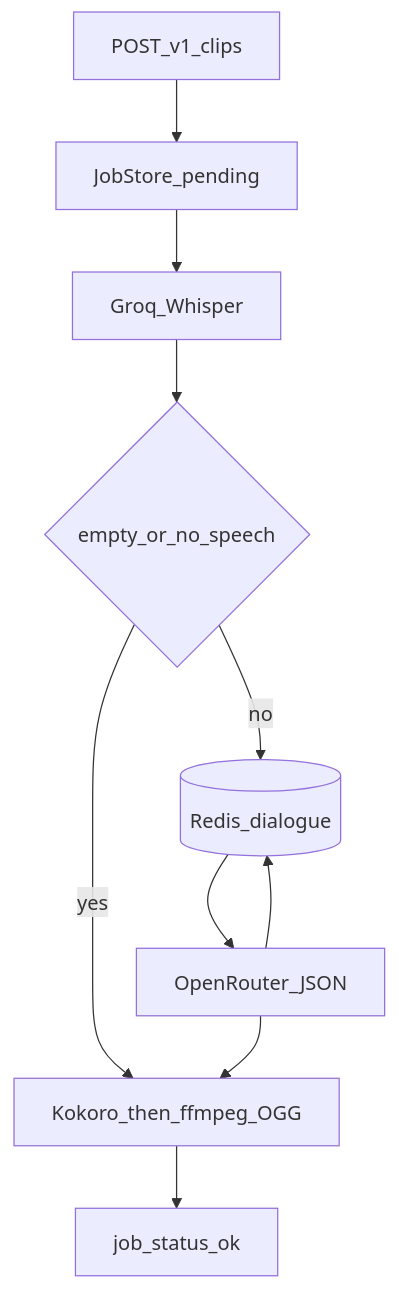
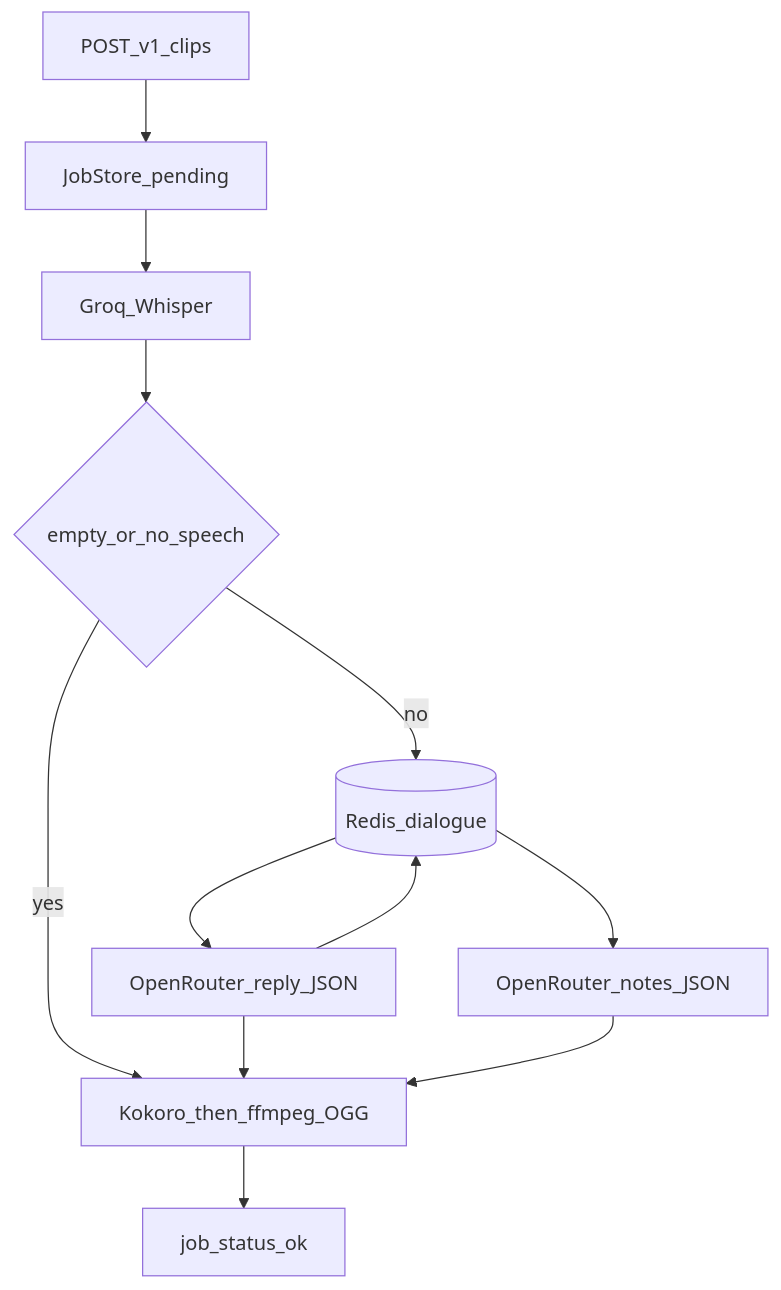
Before and after one commit to greenblat17/1billion-dollar-startup: the third of 4 diagrams in ai_docs/architecture.md, drawn with Mermaid. The commit also changed other lines of this file and 8 other files, not shown here.

First line of the commit message:
Split conversation and grammar notes into two parallel LLM calls.

````diff
--- a/ai_docs/architecture.md
+++ b/ai_docs/architecture.md
@@ -87,19 +87,22 @@
 ```mermaid
 flowchart TD
   clip[POST_v1_clips]
   job[JobStore_pending]
   stt[Groq_Whisper]
   clarify{empty_or_no_speech}
-  llm[OpenRouter_JSON]
+  reply[OpenRouter_reply_JSON]
+  notes[OpenRouter_notes_JSON]
   tts[Kokoro_then_ffmpeg_OGG]
   redis[(Redis_dialogue)]
   ok[job_status_ok]
 
   clip --> job --> stt --> clarify
   clarify -->|yes| tts
   clarify -->|no| redis
-  redis --> llm
-  llm --> redis
-  llm --> tts
+  redis --> reply
+  redis --> notes
+  reply --> redis
+  reply --> tts
+  notes --> tts
   tts --> ok
 ```
````
